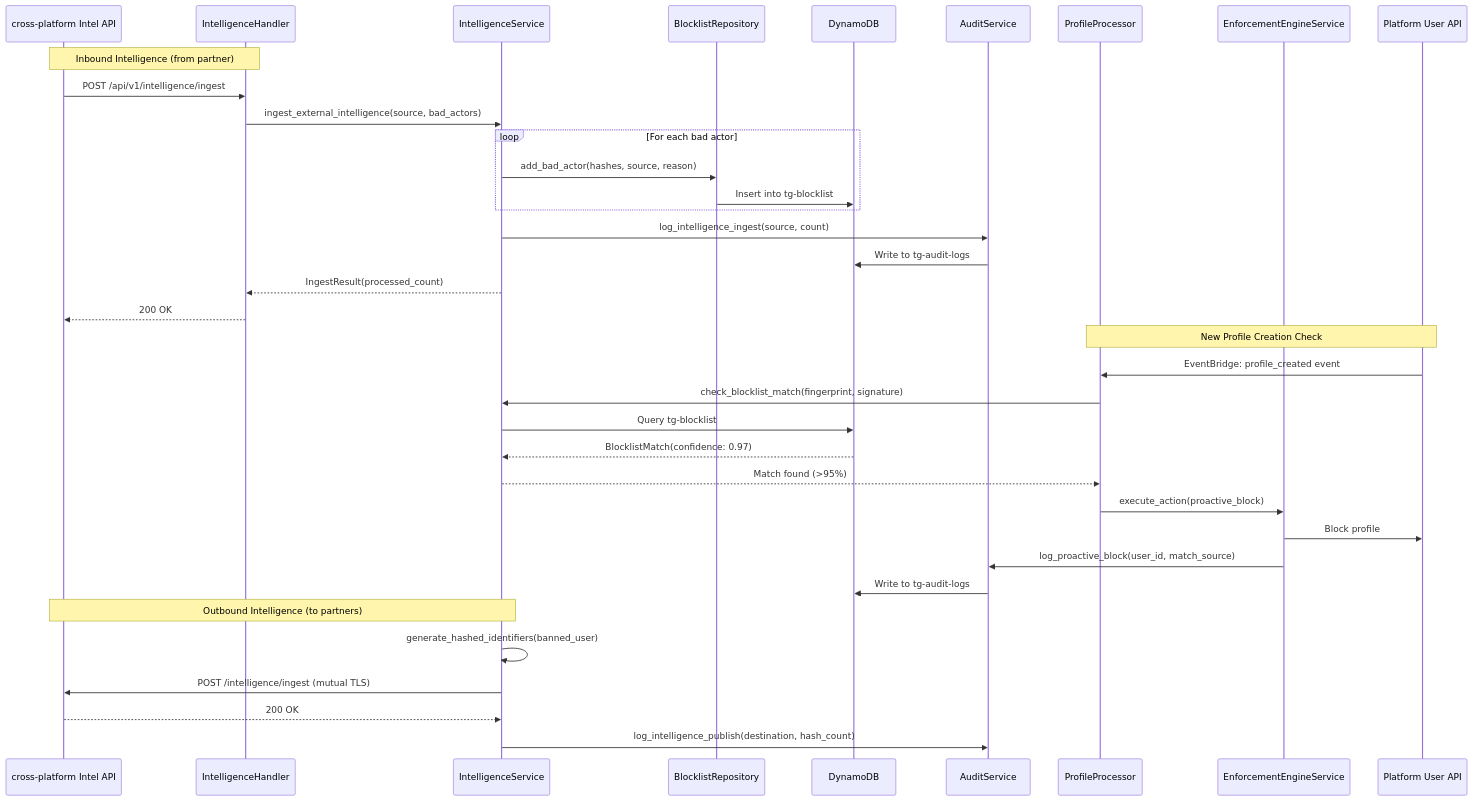
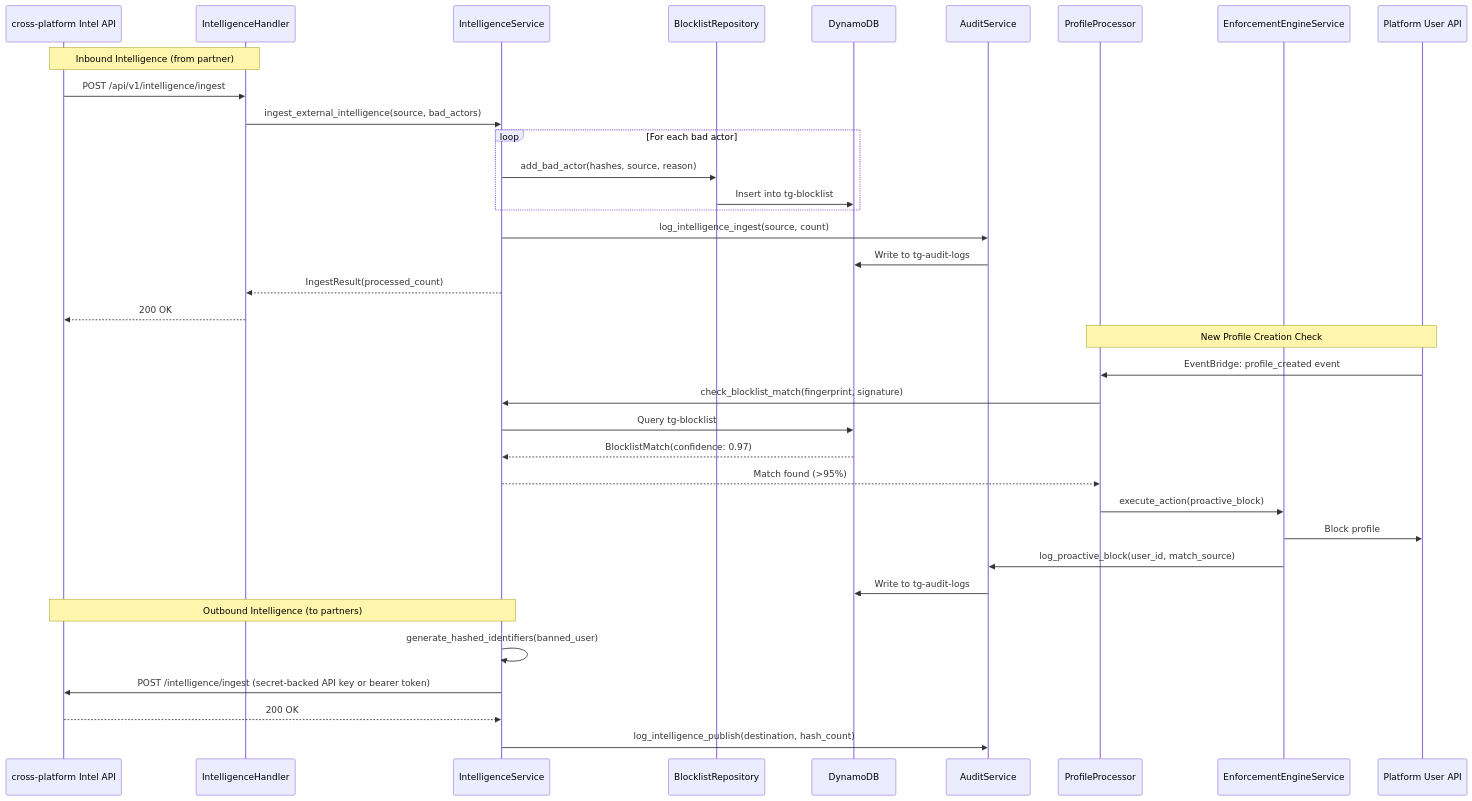
One commit to hk-775/trust-safety-orchestration-agent changed the fifth of 8 diagrams in docs/design.md. Above: the diagram before and after it, drawn with Mermaid. The commit also changed other lines of this file and 39 other files, not shown here.

````diff
--- a/docs/design.md
+++ b/docs/design.md
@@ -2783,47 +2796,47 @@
 ```mermaid
 sequenceDiagram
     participant MG as cross-platform Intel API
     participant IH as IntelligenceHandler
     participant IS as IntelligenceService
     participant BLR as BlocklistRepository
     participant DDB as DynamoDB
     participant AS as AuditService
     participant PPR as ProfileProcessor
     participant EES as EnforcementEngineService
     participant HUA as Platform User API
 
     Note over MG,IH: Inbound Intelligence (from partner)
     
     MG->>IH: POST /api/v1/intelligence/ingest
     IH->>IS: ingest_external_intelligence(source, bad_actors)
     
     loop For each bad actor
         IS->>BLR: add_bad_actor(hashes, source, reason)
         BLR->>DDB: Insert into tg-blocklist
     end
     
     IS->>AS: log_intelligence_ingest(source, count)
     AS->>DDB: Write to tg-audit-logs
     IS-->>IH: IngestResult(processed_count)
     IH-->>MG: 200 OK
     
     Note over PPR,HUA: New Profile Creation Check
     
     HUA->>PPR: EventBridge: profile_created event
     PPR->>IS: check_blocklist_match(fingerprint, signature)
     IS->>DDB: Query tg-blocklist
     DDB-->>IS: BlocklistMatch(confidence: 0.97)
     IS-->>PPR: Match found (>95%)
     
     PPR->>EES: execute_action(proactive_block)
     EES->>HUA: Block profile
     EES->>AS: log_proactive_block(user_id, match_source)
     AS->>DDB: Write to tg-audit-logs
     
     Note over IS,MG: Outbound Intelligence (to partners)
     
     IS->>IS: generate_hashed_identifiers(banned_user)
-    IS->>MG: POST /intelligence/ingest (mutual TLS)
+    IS->>MG: POST /intelligence/ingest (secret-backed API key or bearer token)
     MG-->>IS: 200 OK
     IS->>AS: log_intelligence_publish(destination, hash_count)
 ```
````
